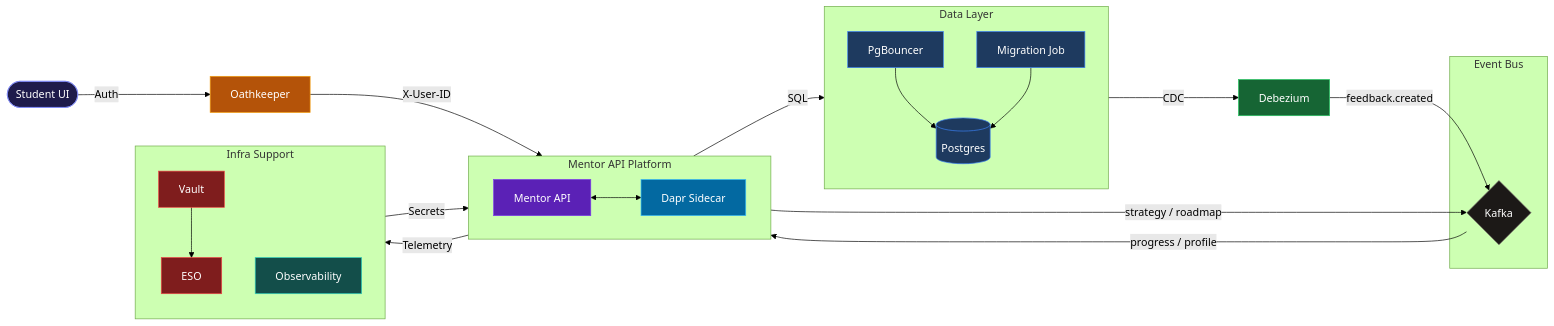
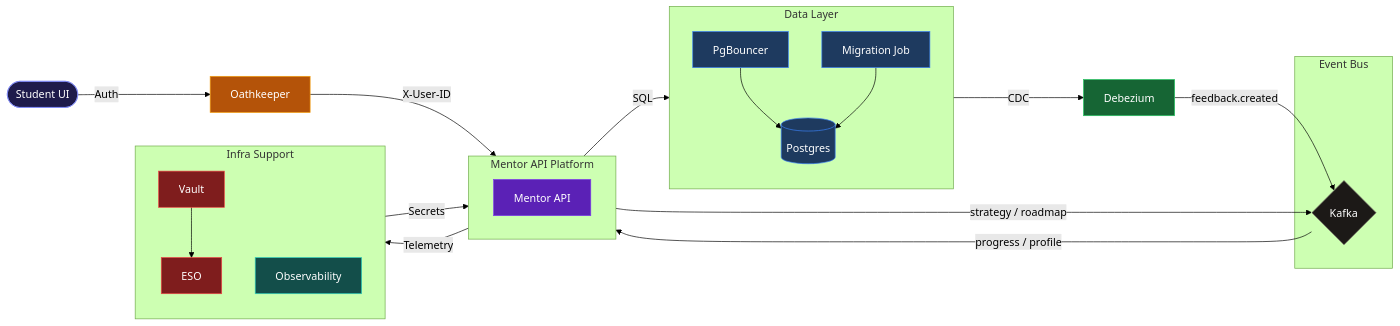
One commit to MathTrail/mentor-api changed the diagram in README.md. Above: the diagram before and after it, drawn with Mermaid (forest theme). The commit also changed other lines of this file and 75 other files, not shown here.

````diff
--- a/README.md
+++ b/README.md
@@ -36,54 +39,51 @@
 ```mermaid
 graph LR
     User([Student UI]) -- "Auth" --> OK[Oathkeeper]
     
     subgraph MentorService [Mentor API Platform]
         direction LR
         App["Mentor API"]
-        Sidecar["Dapr Sidecar"]
-        App <--> Sidecar
     end
 
     OK -- "X-User-ID" --> App
 
     subgraph Storage [Data Layer]
         direction TB
         PGB["PgBouncer"] --> PG[("Postgres")]
         Mig["Migration Job"] --> PG
     end
 
-    Sidecar -- "SQL" --> PGB
+    App -- "SQL" --> PGB
     PG -- "CDC" --> Deb[Debezium]
     
     subgraph Bus [Event Bus]
         Kfk{Kafka}
     end
 
     Deb -- "feedback.created" --> Kfk
     Kfk -- "progress / profile" --> App
     App -- "strategy / roadmap" --> Kfk
 
     subgraph Support [Infra Support]
         direction TB
         Vault["Vault"] --> ESO["ESO"]
         Obs["Observability"]
     end
 
-    ESO -- "Secrets" --> Sidecar
+    ESO -- "Secrets" --> App
     App -- "Telemetry" --> Obs
 
     %% Styling
     classDef svc fill:#5b21b6,stroke:#7c3aed,color:#fff
-    classDef dapr fill:#0369a1,stroke:#38bdf8,color:#fff
     classDef authCls fill:#b45309,stroke:#f59e0b,color:#fff
     classDef dataCls fill:#1e3a5f,stroke:#3b82f6,color:#fff
     classDef cdcCls fill:#166534,stroke:#22c55e,color:#fff
     classDef eventCls fill:#1c1917,stroke:#78716c,color:#fff
     classDef secretCls fill:#7f1d1d,stroke:#ef4444,color:#fff
     classDef obsCls fill:#134e4a,stroke:#2dd4bf,color:#fff
     classDef actorCls fill:#1e1b4b,stroke:#818cf8,color:#fff
 
-    class App svc; class Sidecar dapr; class OK authCls;
+    class App svc; class OK authCls;
     class PGB,PG,Mig dataCls; class Deb cdcCls; class Kfk eventCls;
     class Vault,ESO secretCls; class Obs obsCls; class User actorCls;
 ```
````
